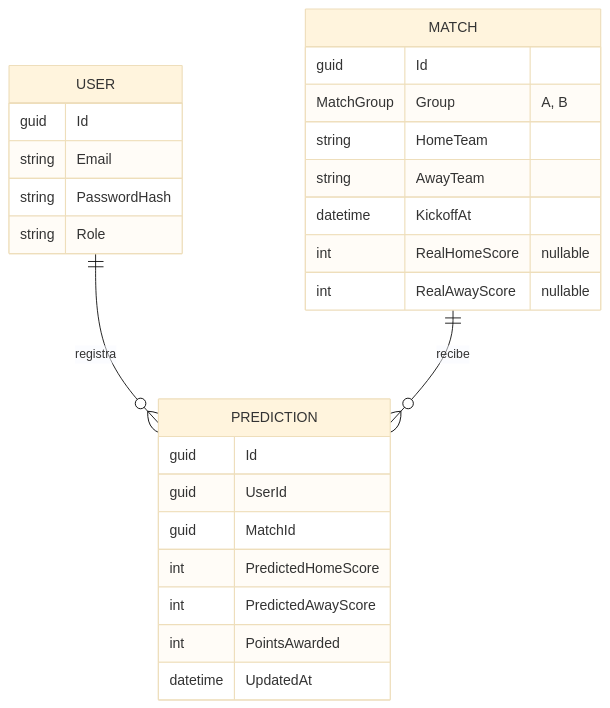
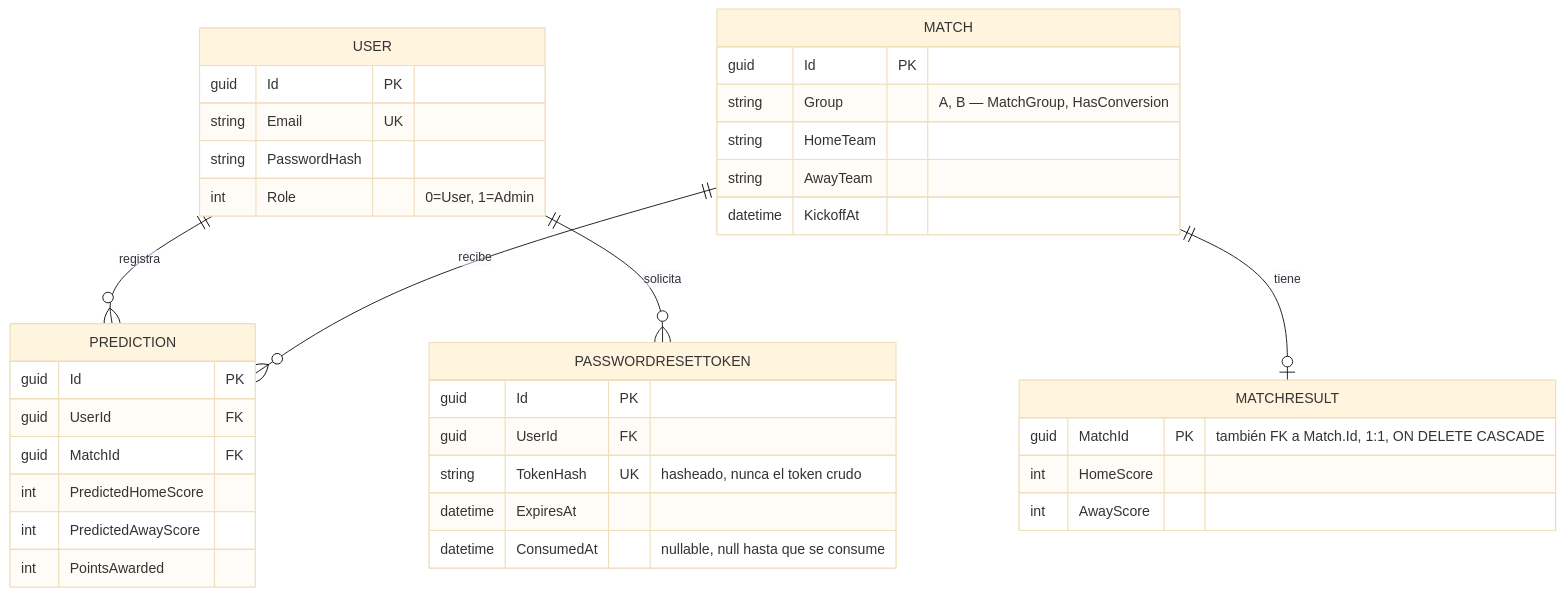
Before and after one commit to frpatino6/polla-mundialista-sdd: the fourth of 4 diagrams in docs/design.md, drawn with Mermaid (base theme). The commit also changed other lines of this file and 4 other files, not shown here.

First line of the commit message:
docs: add missing database schema (ERD) diagram, fix stale entities in design.md §6

````diff
--- a/docs/design.md
+++ b/docs/design.md
@@ -189,29 +191,40 @@
 ```mermaid
 erDiagram
   USER ||--o{ PREDICTION : registra
+  USER ||--o{ PASSWORDRESETTOKEN : solicita
   MATCH ||--o{ PREDICTION : recibe
+  MATCH ||--o| MATCHRESULT : tiene
   USER {
-    guid Id
-    string Email
+    guid Id PK
+    string Email UK
     string PasswordHash
-    string Role
+    int Role "0=User, 1=Admin"
   }
   MATCH {
-    guid Id
-    MatchGroup Group "A, B"
+    guid Id PK
+    string Group "A, B — MatchGroup, HasConversion<string>"
     string HomeTeam
     string AwayTeam
     datetime KickoffAt
-    int RealHomeScore "nullable"
-    int RealAwayScore "nullable"
+  }
+  MATCHRESULT {
+    guid MatchId PK "también FK a Match.Id, 1:1, ON DELETE CASCADE"
+    int HomeScore
+    int AwayScore
   }
   PREDICTION {
-    guid Id
-    guid UserId
-    guid MatchId
+    guid Id PK
+    guid UserId FK
+    guid MatchId FK
     int PredictedHomeScore
     int PredictedAwayScore
     int PointsAwarded
-    datetime UpdatedAt
+  }
+  PASSWORDRESETTOKEN {
+    guid Id PK
+    guid UserId FK
+    string TokenHash UK "hasheado, nunca el token crudo"
+    datetime ExpiresAt
+    datetime ConsumedAt "nullable, null hasta que se consume"
   }
 ```
````
